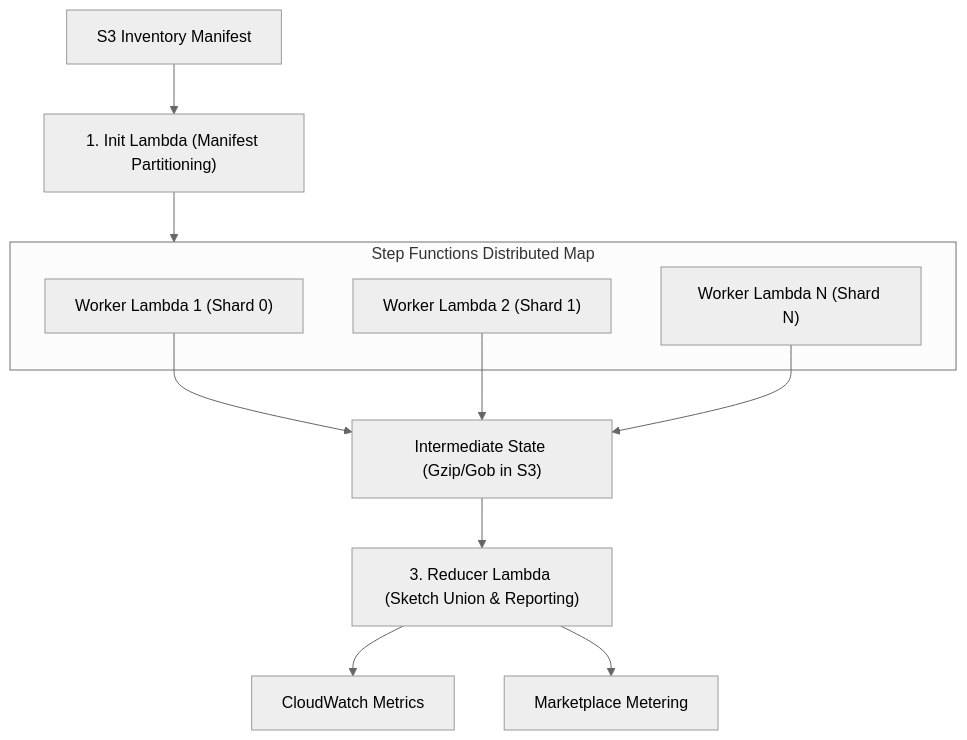
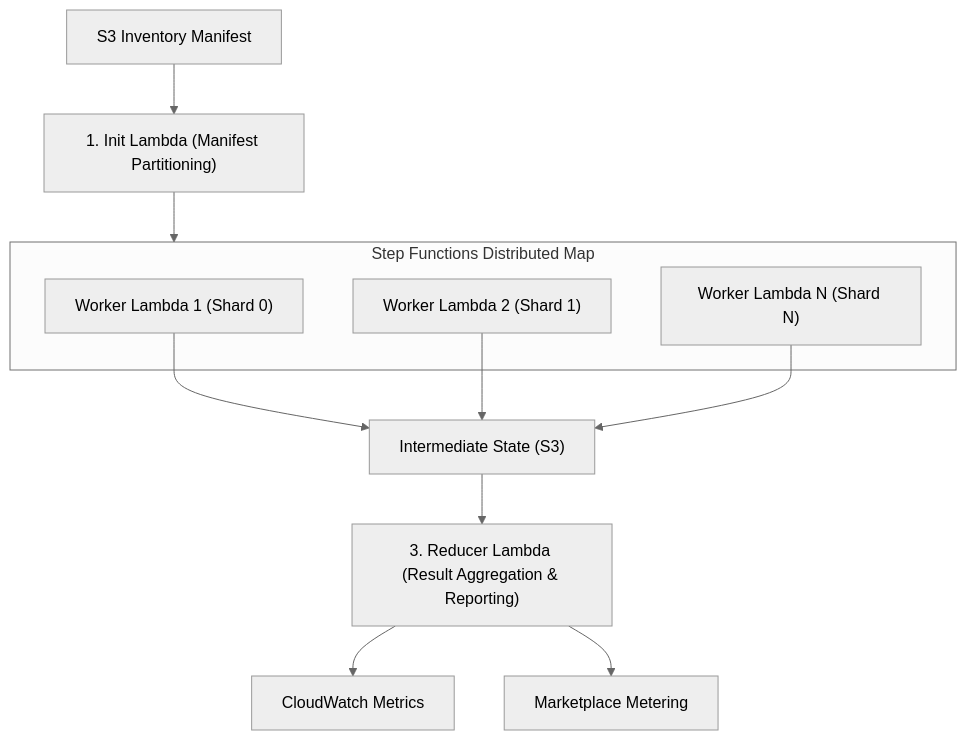
The second of 2 diagrams in content/docs/getting-started/execution-modes.md (buckhx/s3lim-docs), drawn with Mermaid (neutral theme) before and after one commit. The commit also changed other lines of this file and 4 other files, not shown here.

````diff
--- a/content/docs/getting-started/execution-modes.md
+++ b/content/docs/getting-started/execution-modes.md
@@ -63,16 +63,16 @@
 ```mermaid
 flowchart TD
     Manifest[S3 Inventory Manifest] --> Init["1. Init Lambda (Manifest Partitioning)"]
     Init --> Map["2. Step Functions Distributed Map (Worker Fan-Out)"]
     subgraph Map ["Step Functions Distributed Map"]
         W1["Worker Lambda 1 (Shard 0)"]
         W2["Worker Lambda 2 (Shard 1)"]
         W3["Worker Lambda N (Shard N)"]
     end
-    W1 --> S3State["Intermediate State (Gzip/Gob in S3)"]
+    W1 --> S3State["Intermediate State (S3)"]
     W2 --> S3State
     W3 --> S3State
-    S3State --> Reducer["3. Reducer Lambda (Sketch Union & Reporting)"]
+    S3State --> Reducer["3. Reducer Lambda (Result Aggregation & Reporting)"]
     Reducer --> CW[CloudWatch Metrics]
     Reducer --> MP[Marketplace Metering]
 ```
````
